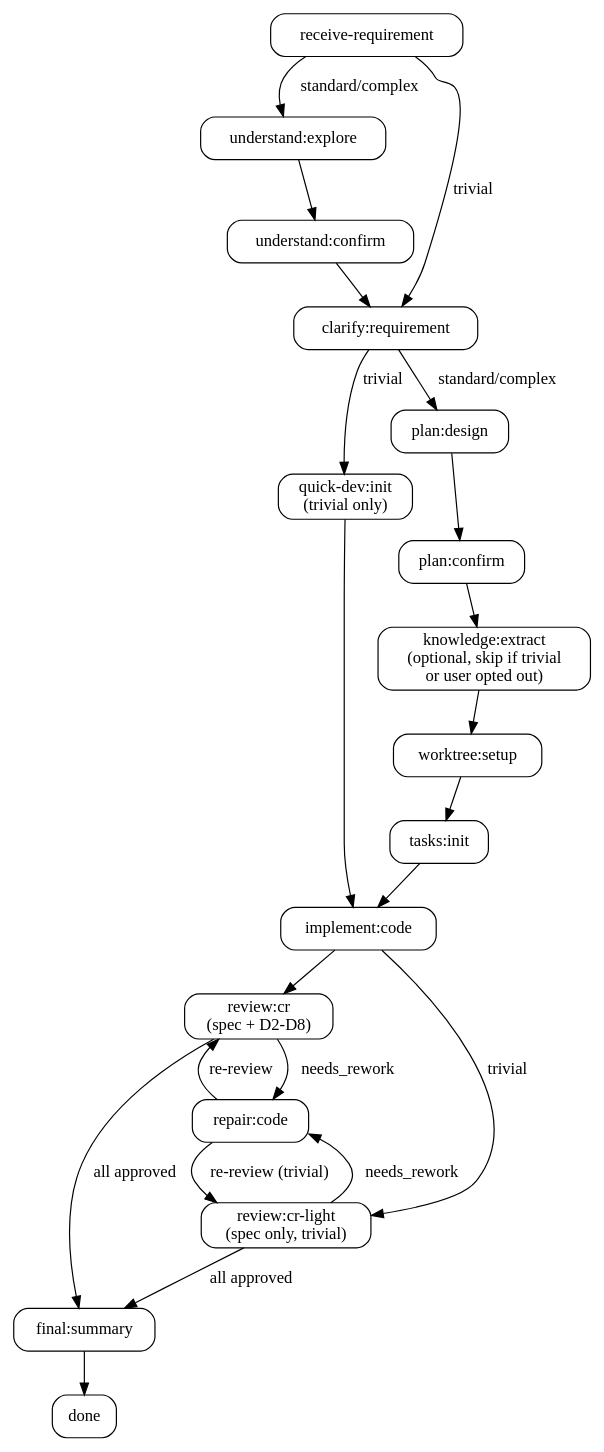
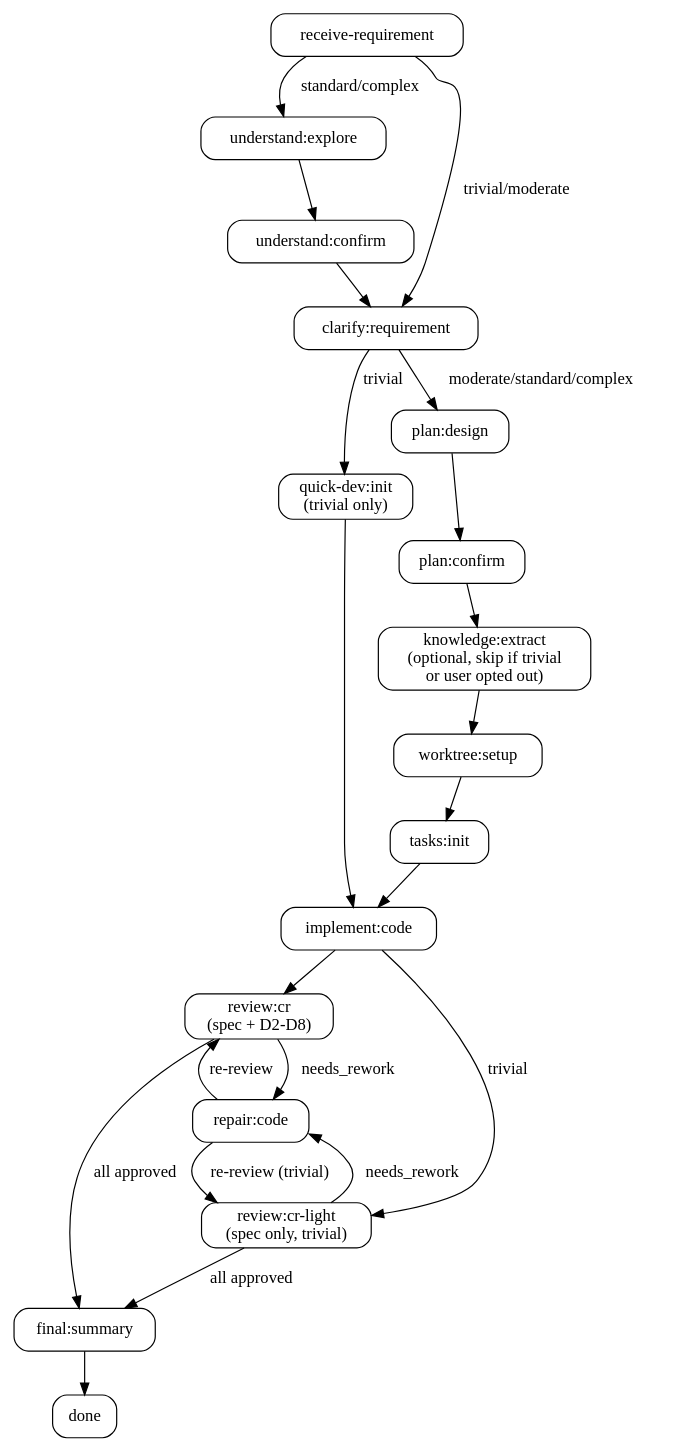
Before and after one commit to Jxin-Cai/chisel: the diagram in skills/chisel/SKILL.md, drawn with Graphviz. The commit also changed other lines of this file and 13 other files, not shown here.

````diff
--- a/skills/chisel/SKILL.md
+++ b/skills/chisel/SKILL.md
@@ -52,39 +52,39 @@
 ```dot
 digraph chisel_flow {
   rankdir=TB; node [shape=box, style=rounded];
   receive [label="receive-requirement"];
   explore [label="understand:explore"];
   u_confirm [label="understand:confirm"];
   clarify [label="clarify:requirement"];
   quickdev [label="quick-dev:init\n(trivial only)"];
   design [label="plan:design"];
   p_confirm [label="plan:confirm"];
   knowledge [label="knowledge:extract\n(optional, skip if trivial\nor user opted out)"];
   worktree [label="worktree:setup"];
   tasks [label="tasks:init"];
   implement [label="implement:code"];
   review [label="review:cr\n(spec + D2-D8)"];
   review_light [label="review:cr-light\n(spec only, trivial)"];
   repair [label="repair:code"];
   final [label="final:summary"];
   done [label="done"];
 
   receive -> explore [label="standard/complex"];
-  receive -> clarify [label="trivial"];
+  receive -> clarify [label="trivial/moderate"];
   explore -> u_confirm -> clarify;
   clarify -> quickdev [label="trivial"];
-  clarify -> design [label="standard/complex"];
+  clarify -> design [label="moderate/standard/complex"];
   quickdev -> implement;
   design -> p_confirm -> knowledge;
   knowledge -> worktree -> tasks;
   tasks -> implement -> review;
   implement -> review_light [label="trivial"];
   review -> repair [label="needs_rework"];
   review_light -> repair [label="needs_rework"];
   repair -> review [label="re-review"];
   repair -> review_light [label="re-review (trivial)"];
   review -> final [label="all approved"];
   review_light -> final [label="all approved"];
   final -> done;
 }
 ```
````
